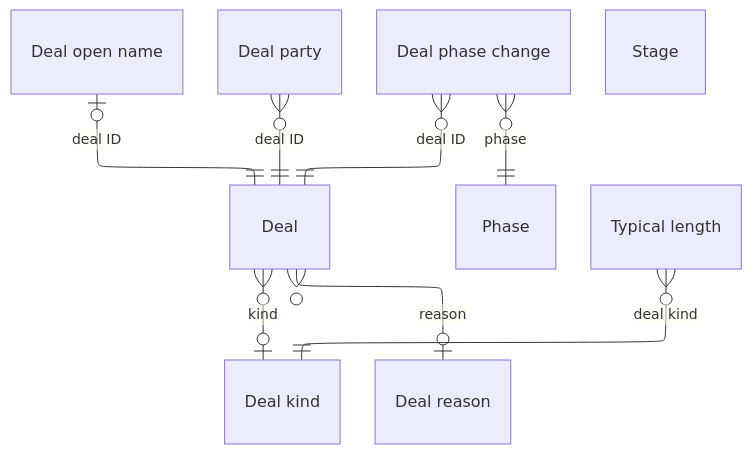
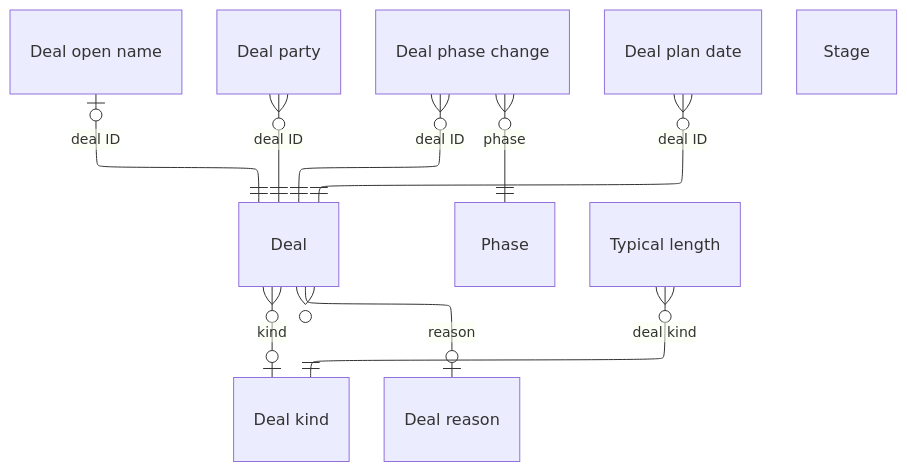
The diagram in docs/database/tables/viewpoint-deals.md (DoctorCRE/doctorcre-engine), drawn with Mermaid before and after one commit. The commit also changed other lines of this file and 25 other files, not shown here.

First line of the commit message:
Serve and save dates for deal timelines (#1503)

````diff
--- a/docs/database/tables/viewpoint-deals.md
+++ b/docs/database/tables/viewpoint-deals.md
@@ -3,26 +3,28 @@
 ```mermaid
 ---
 config:
   layout: elk
   er:
     nodeSpacing: 22
     rankSpacing: 44
 ---
 erDiagram
   "Deal"
   "Deal kind"
   "Deal open name"
   "Deal party"
   "Deal phase change"
+  "Deal plan date"
   "Deal reason"
   "Phase"
   "Stage"
   "Typical length"
   "Deal" }o--o| "Deal kind" : "kind"
   "Deal" }o--o| "Deal reason" : "reason"
   "Deal open name" |o--|| "Deal" : "deal ID"
   "Deal party" }o--|| "Deal" : "deal ID"
   "Deal phase change" }o--|| "Deal" : "deal ID"
   "Deal phase change" }o--|| "Phase" : "phase"
+  "Deal plan date" }o--|| "Deal" : "deal ID"
   "Typical length" }o--|| "Deal kind" : "deal kind"
 ```
````
